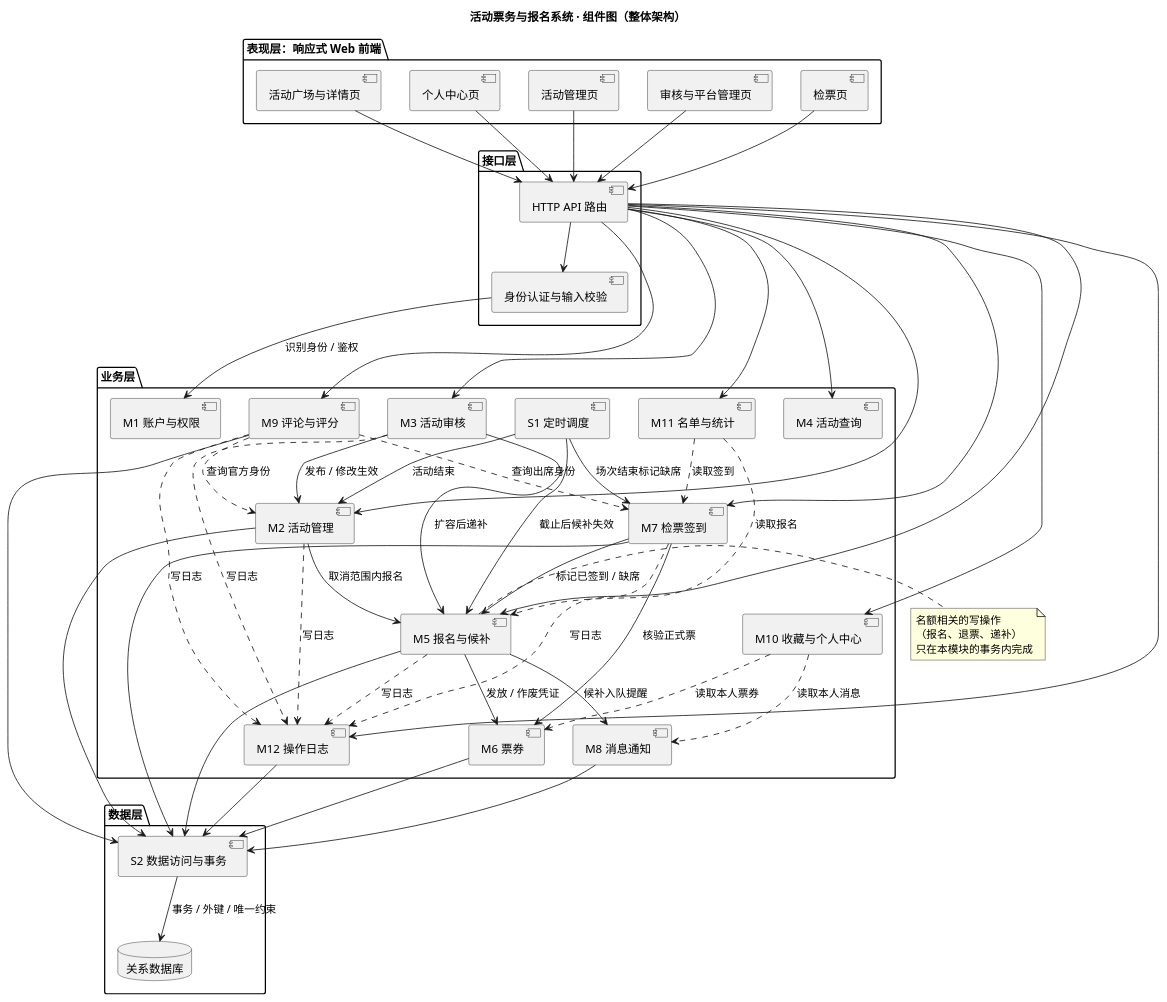
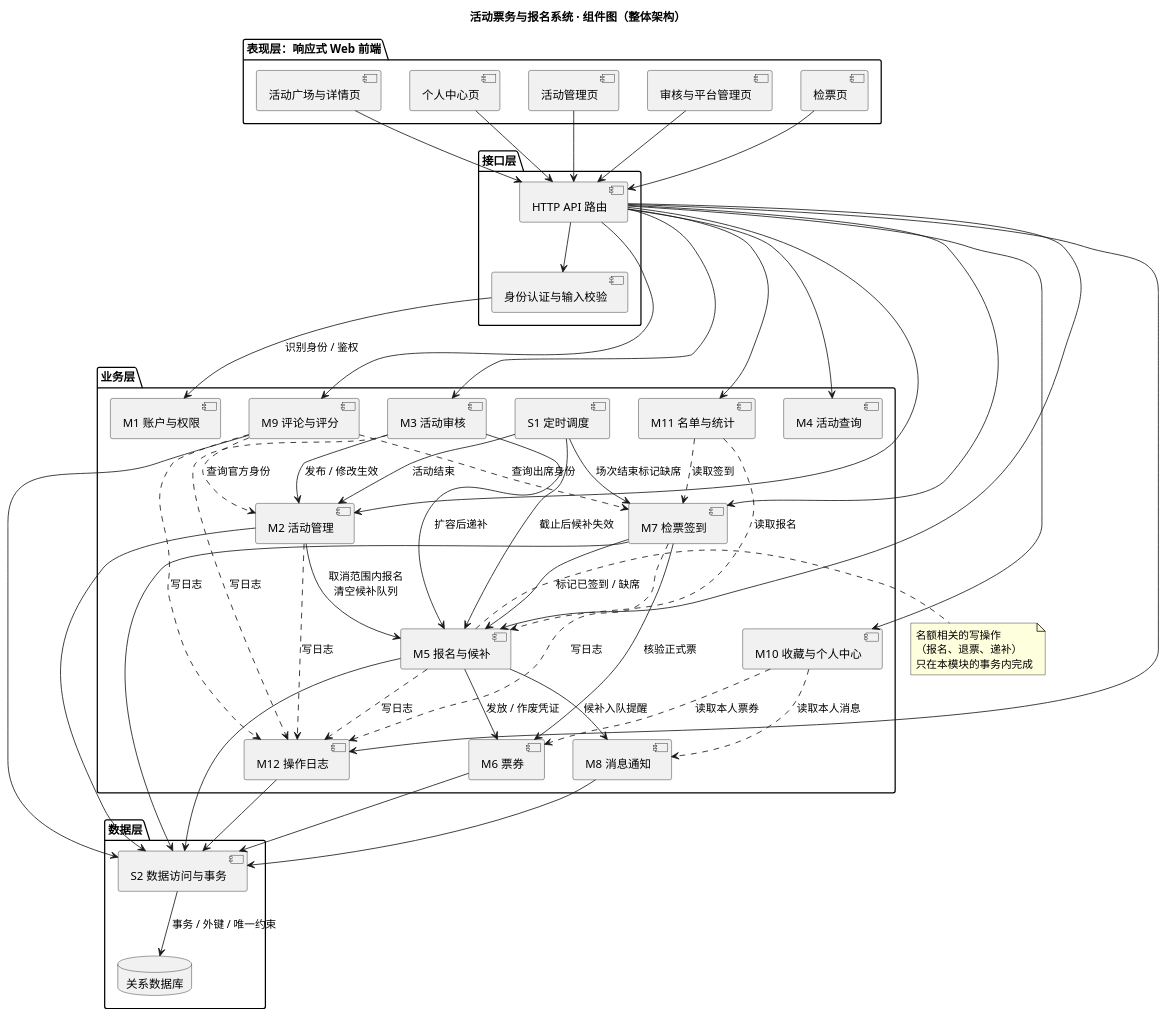
Before and after one commit to littleR77/2026SE-lab1: the diagram in lab2/UML/UML组件图.puml, drawn with PlantUML. The commit also changed 6 other files, not shown here.

```diff
--- a/lab2/UML/UML组件图.puml
+++ b/lab2/UML/UML组件图.puml
@@ -1,101 +1,101 @@
 @startuml UML组件图
 ' 结构性图：组件图。描述整体分层架构、模块划分及模块之间的依赖
 skinparam defaultFontName "Microsoft YaHei"
 skinparam shadowing false
 skinparam componentStyle uml2
 
 title 活动票务与报名系统 · 组件图（整体架构）
 
 package "表现层：响应式 Web 前端" {
   [活动广场与详情页] as UI_Public
   [个人中心页] as UI_Me
   [活动管理页] as UI_Org
   [审核与平台管理页] as UI_Admin
   [检票页] as UI_Check
 }
 
 package "接口层" {
   [HTTP API 路由] as API
   [身份认证与输入校验] as Gate
 }
 
 package "业务层" {
   [M1 账户与权限] as M1
   [M2 活动管理] as M2
   [M3 活动审核] as M3
   [M4 活动查询] as M4
   [M5 报名与候补] as M5
   [M6 票券] as M6
   [M7 检票签到] as M7
   [M8 消息通知] as M8
   [M9 评论与评分] as M9
   [M10 收藏与个人中心] as M10
   [M11 名单与统计] as M11
   [M12 操作日志] as M12
   [S1 定时调度] as S1
 }
 
 package "数据层" {
   [S2 数据访问与事务] as DAO
   database "关系数据库" as DB
 }
 
 UI_Public --> API
 UI_Me --> API
 UI_Org --> API
 UI_Admin --> API
 UI_Check --> API
 
 API --> Gate
 Gate --> M1 : 识别身份 / 鉴权
 
 API --> M2
 API --> M3
 API --> M4
 API --> M5
 API --> M7
 API --> M9
 API --> M10
 API --> M11
 API --> M12
 
 M3 --> M2 : 发布 / 修改生效
 M3 --> M5 : 扩容后递补
-M2 --> M5 : 取消范围内报名
+M2 --> M5 : 取消范围内报名\n清空候补队列
 M5 --> M6 : 发放 / 作废凭证
 M5 --> M8 : 候补入队提醒
 M7 --> M6 : 核验正式票
 M7 --> M5 : 标记已签到 / 缺席
 M9 ..> M7 : 查询出席身份
 M9 ..> M2 : 查询官方身份
 M10 ..> M6 : 读取本人票券
 M10 ..> M8 : 读取本人消息
 M11 ..> M5 : 读取报名
 M11 ..> M7 : 读取签到
 
 S1 --> M5 : 截止后候补失效
 S1 --> M7 : 场次结束标记缺席
 S1 --> M2 : 活动结束
 
 M2 ..> M12 : 写日志
 M3 ..> M12 : 写日志
 M5 ..> M12 : 写日志
 M7 ..> M12 : 写日志
 M9 ..> M12 : 写日志
 
 M2 --> DAO
 M5 --> DAO
 M6 --> DAO
 M7 --> DAO
 M8 --> DAO
 M9 --> DAO
 M12 --> DAO
 DAO --> DB : 事务 / 外键 / 唯一约束
 
 note right of M5
   名额相关的写操作
   （报名、退票、递补）
   只在本模块的事务内完成
 end note
 
 @enduml
```
